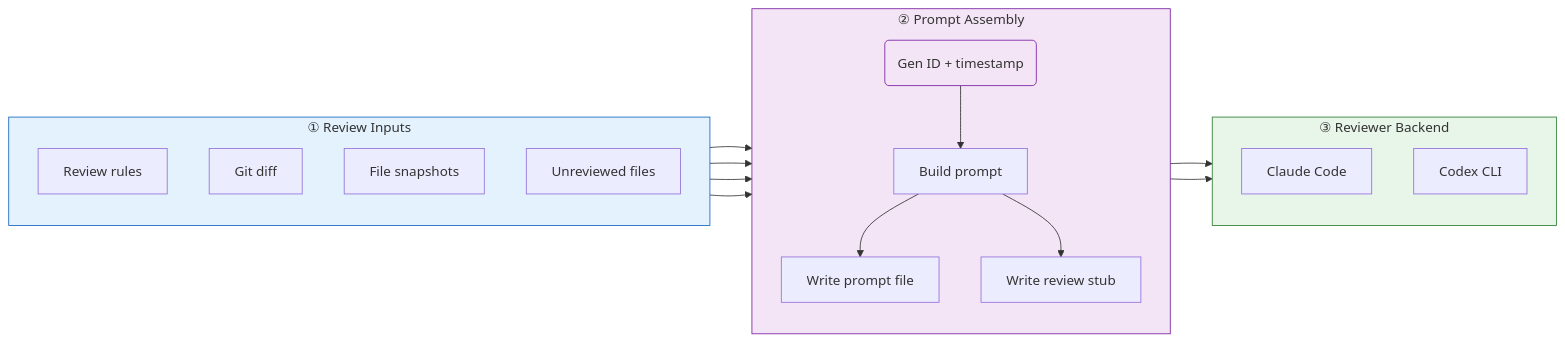
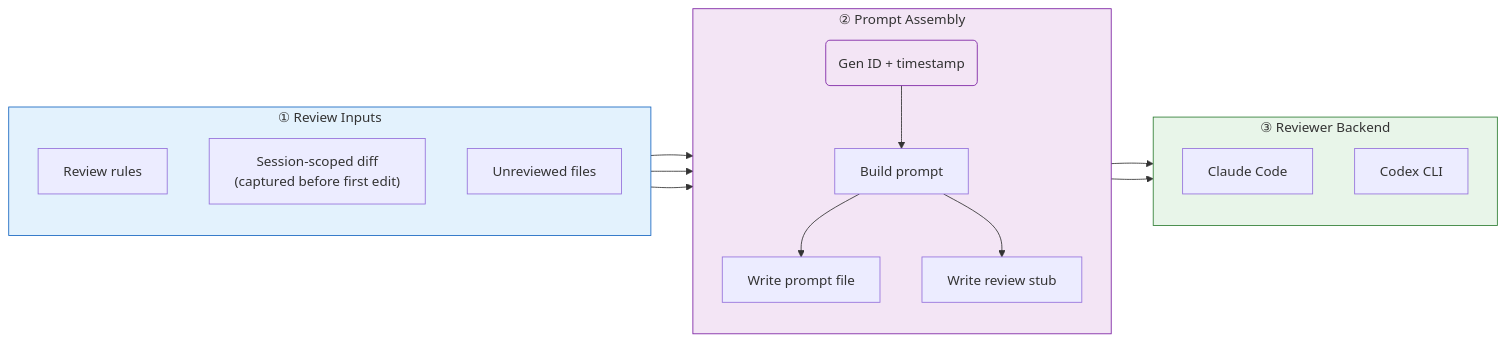
One commit to tudragon154203/claude-auto-review changed the fourth of 5 diagrams in README.md. Above: the diagram before and after it, drawn with Mermaid. The commit also changed other lines of this file and 21 other files, not shown here.

First line of the commit message:
bump: release session-scoped diff mode v1.9.0

````diff
--- a/README.md
+++ b/README.md
@@ -151,39 +151,37 @@
 ```mermaid
 flowchart LR
     subgraph inputs["① Review Inputs"]
         direction TB
         RULES["Review rules"]
-        DIFF["Git diff"]
-        SNAPSHOTS["File snapshots"]
+        SNAPSHOTS["Session-scoped diff<br/>(captured before first edit)"]
         FILES["Unreviewed files"]
     end
 
     subgraph assembly["② Prompt Assembly"]
         direction TB
         TIMESTAMP("Gen ID + timestamp")
         BUILD["Build prompt"]
         WRITE_PROMPT["Write prompt file"]
         WRITE_REVIEW["Write review stub"]
     end
 
     subgraph backend["③ Reviewer Backend"]
         direction TB
         CLAUDE["Claude Code"]
         CODEX["Codex CLI"]
     end
 
     FILES --> TIMESTAMP
     RULES --> BUILD
-    DIFF --> BUILD
     SNAPSHOTS --> BUILD
     TIMESTAMP --> BUILD
     BUILD --> WRITE_PROMPT
     BUILD --> WRITE_REVIEW
     WRITE_PROMPT --> CLAUDE
     WRITE_PROMPT --> CODEX
 
     style TIMESTAMP fill:#f3e5f5,stroke:#7b1fa2
     style inputs fill:#e3f2fd,stroke:#1565c0
     style assembly fill:#f3e5f5,stroke:#7b1fa2
     style backend fill:#e8f5e9,stroke:#2e7d32
 ```
````
